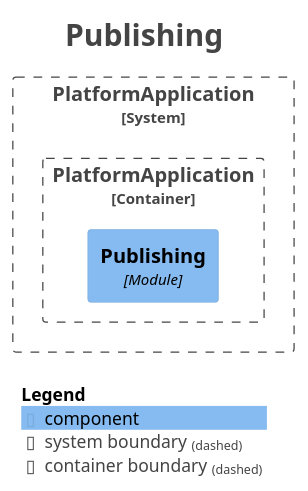
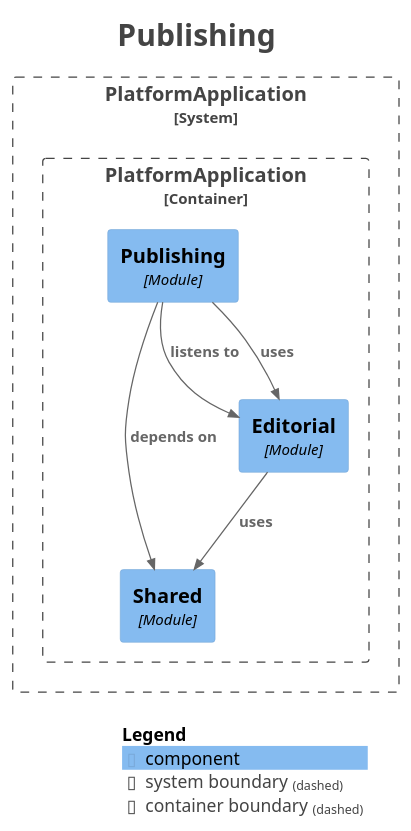
The diagram in docs/modules/module-publishing.puml (Asiman77/HistoryAsAGame), drawn with PlantUML before and after one commit. The commit also changed 20 other files, not shown here.

```diff
--- a/docs/modules/module-publishing.puml
+++ b/docs/modules/module-publishing.puml
@@ -1,27 +1,34 @@
 @startuml
 title <size:24>Publishing</size>
 
 set separator none
 top to bottom direction
 
 <style>
   root {
     BackgroundColor: #ffffff
     FontColor: #444444
   }
 </style>
 
 !include <C4/C4>
 !include <C4/C4_Context>
 !include <C4/C4_Component>
 
 System_Boundary("PlatformApplication_boundary", "PlatformApplication", $tags="") {
   Container_Boundary("PlatformApplication.PlatformApplication_boundary", "PlatformApplication", $tags="") {
     Component(PlatformApplication.PlatformApplication.Publishing, "Publishing", $techn="Module", $descr="", $tags="", $link="")
+    Component(PlatformApplication.PlatformApplication.Shared, "Shared", $techn="Module", $descr="", $tags="", $link="")
+    Component(PlatformApplication.PlatformApplication.Editorial, "Editorial", $techn="Module", $descr="", $tags="", $link="")
   }
 
 }
 
+Rel(PlatformApplication.PlatformApplication.Editorial, PlatformApplication.PlatformApplication.Shared, "uses", $techn="", $tags="", $link="")
+Rel(PlatformApplication.PlatformApplication.Publishing, PlatformApplication.PlatformApplication.Editorial, "listens to", $techn="", $tags="", $link="")
+Rel(PlatformApplication.PlatformApplication.Publishing, PlatformApplication.PlatformApplication.Shared, "depends on", $techn="", $tags="", $link="")
+Rel(PlatformApplication.PlatformApplication.Publishing, PlatformApplication.PlatformApplication.Editorial, "uses", $techn="", $tags="", $link="")
+
 SHOW_LEGEND(true)
 hide stereotypes
 @enduml
```
